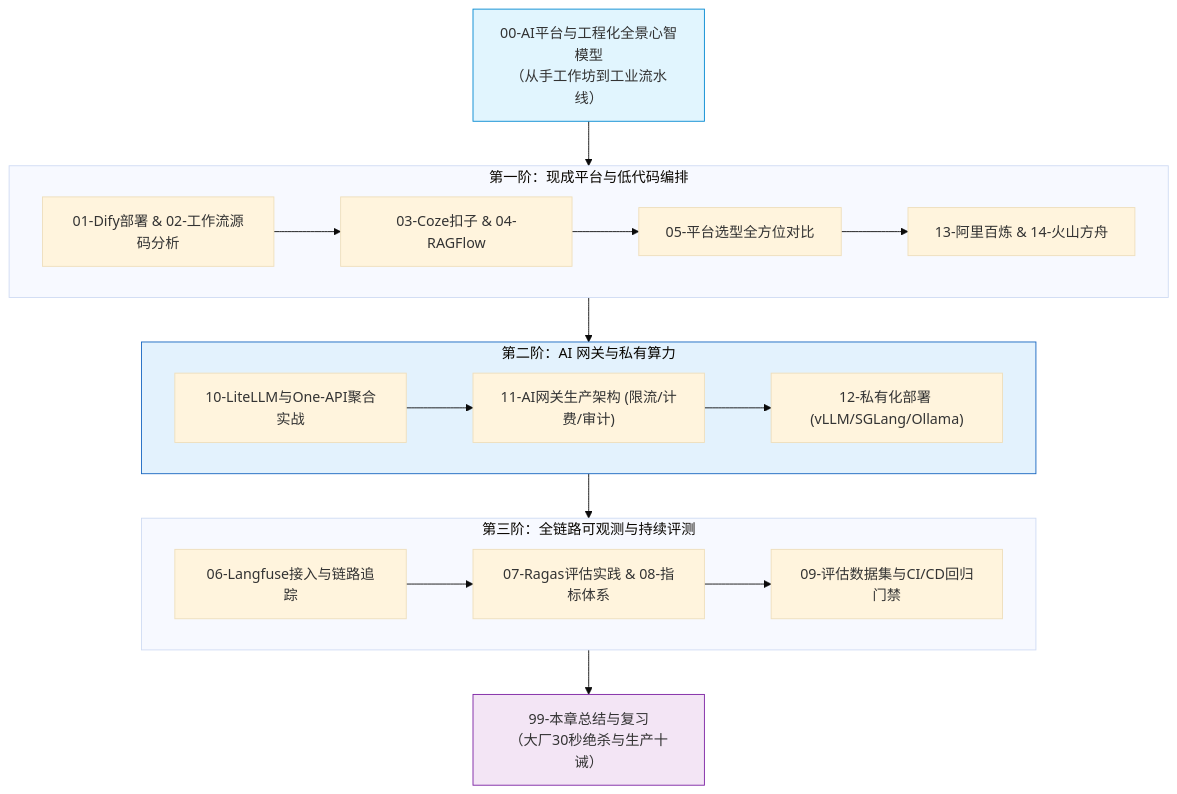
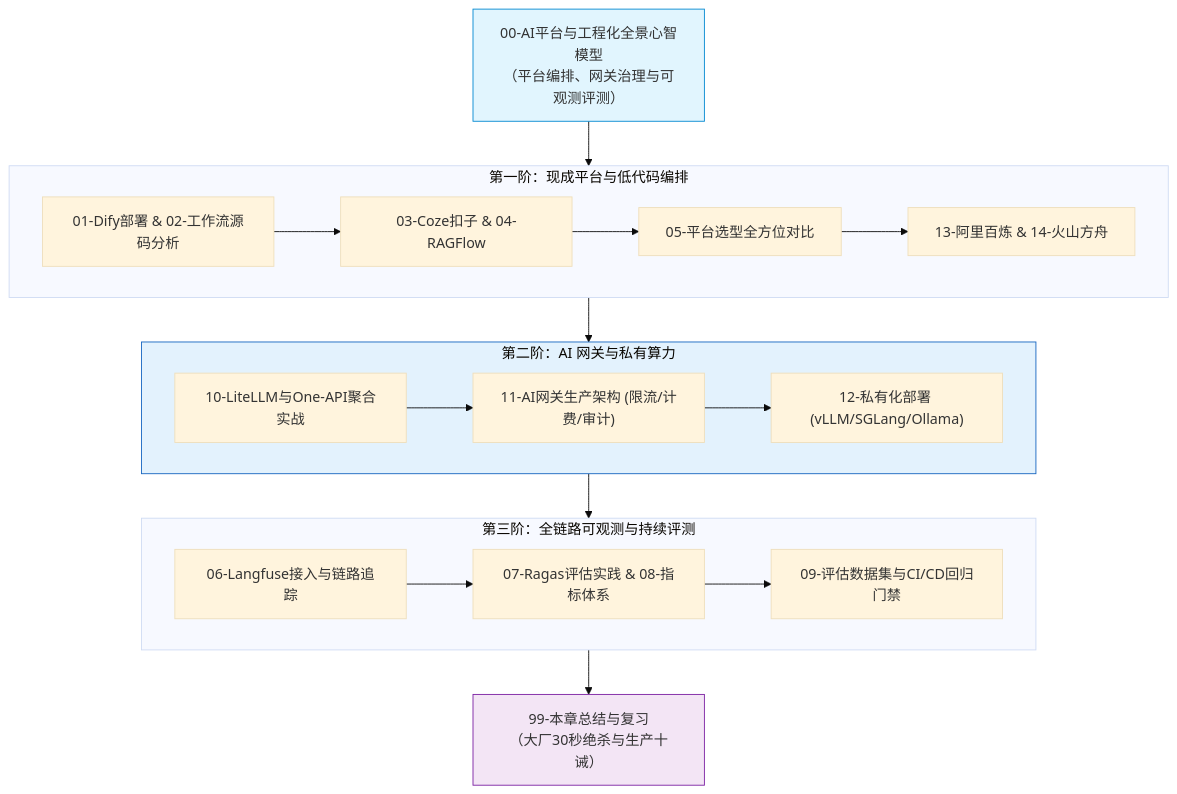
One commit to GuoWWWX/knowledge-base changed the diagram in 10-AI应用开发/06-平台与工程化/_index.md. Above: the diagram before and after it, drawn with Mermaid (base theme). The commit also changed other lines of this file and 251 other files, not shown here.

````diff
--- a/10-AI应用开发/06-平台与工程化/_index.md
+++ b/10-AI应用开发/06-平台与工程化/_index.md
@@ -22,31 +22,31 @@
 ```mermaid
 flowchart TD
-    M0["00-AI平台与工程化全景心智模型<br/>（从手工作坊到工业流水线）"] --> S1
+    M0["00-AI平台与工程化全景心智模型<br/>（平台编排、网关治理与可观测评测）"] --> S1
 
     subgraph S1["第一阶：现成平台与低代码编排"]
         A1["01-Dify部署 & 02-工作流源码分析"]
         A1 --> A2["03-Coze扣子 & 04-RAGFlow"]
         A2 --> A3["05-平台选型全方位对比"]
         A3 --> A4["13-阿里百炼 & 14-火山方舟"]
     end
 
     subgraph S2["第二阶：AI 网关与私有算力"]
         B1["10-LiteLLM与One-API聚合实战"]
         B1 --> B2["11-AI网关生产架构 (限流/计费/审计)"]
         B2 --> B3["12-私有化部署 (vLLM/SGLang/Ollama)"]
     end
 
     subgraph S3["第三阶：全链路可观测与持续评测"]
         C1["06-Langfuse接入与链路追踪"]
         C1 --> C2["07-Ragas评估实践 & 08-指标体系"]
         C2 --> C3["09-评估数据集与CI/CD回归门禁"]
     end
 
     S1 --> S2
     S2 --> S3
     S3 --> FIN["99-本章总结与复习<br/>（大厂30秒绝杀与生产十诫）"]
 
     style M0 fill:#e1f5fe,stroke:#0288d1,stroke-width:1px
     style S2 fill:#e3f2fd,stroke:#1565c0,stroke-width:1px
     style FIN fill:#f3e5f5,stroke:#7b1fa2,stroke-width:1px
 ```
````
